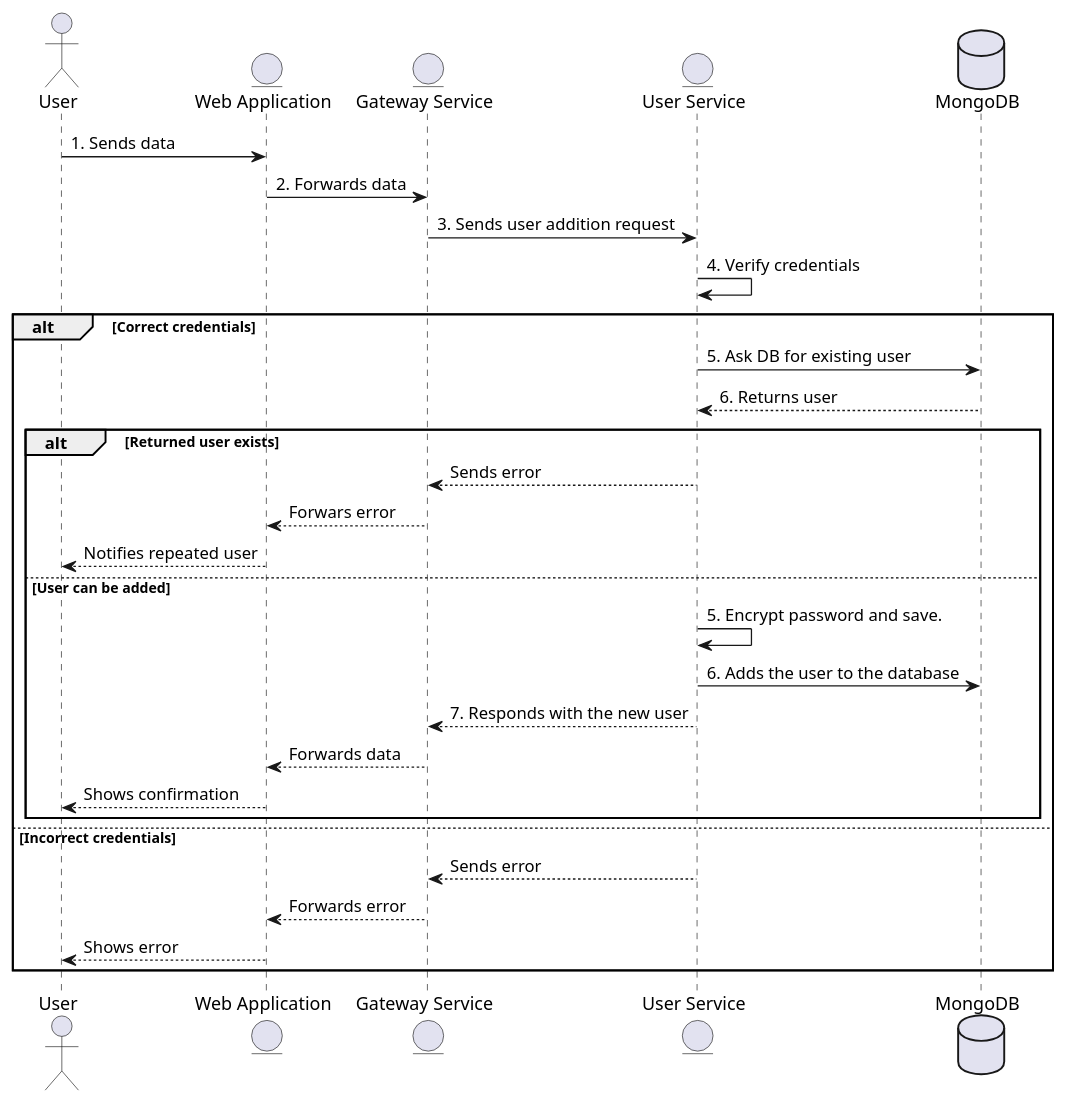
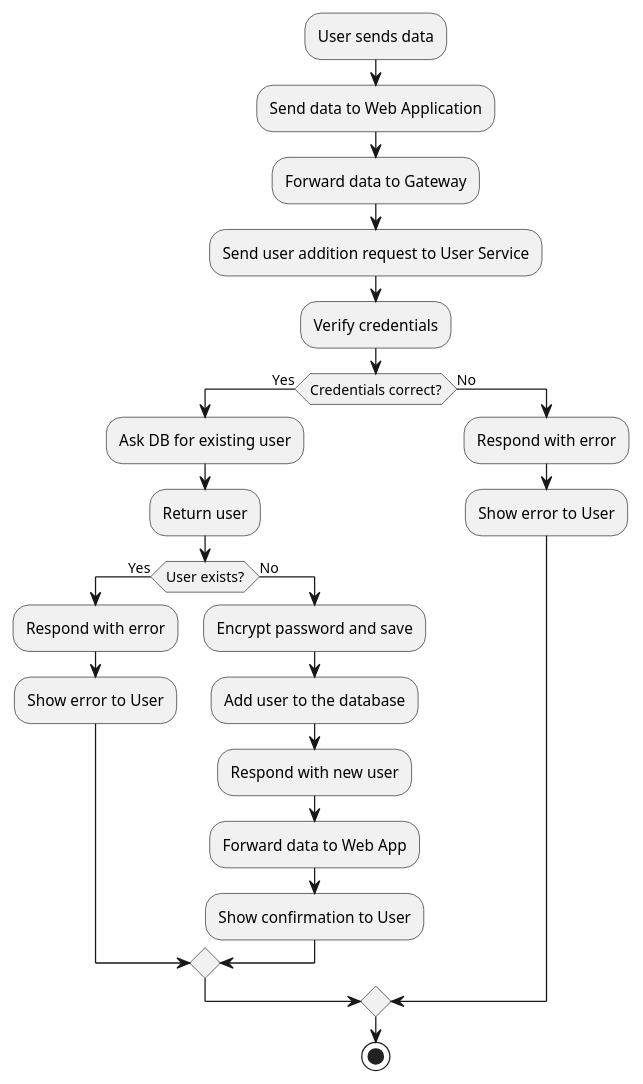
The first of 3 diagrams in docs/src/06_runtime_view.adoc (Arquisoft/wichat_en2b), drawn with PlantUML before and after one commit.

Commit message:
#37 - Register diagram refactored

```diff
--- a/docs/src/06_runtime_view.adoc
+++ b/docs/src/06_runtime_view.adoc
@@ -10,37 +10,30 @@
 [plantuml,"Register diagram",png]
 ----
-actor User
-entity WA as "Web Application"
-entity GS as "Gateway Service"
-entity US as "User Service"
-database DB as "MongoDB"
+:User sends data;
+:Send data to Web Application;
+:Forward data to Gateway;
+:Send user addition request to User Service;
+:Verify credentials;
 
-User -> WA : 1. Sends data
-WA -> GS : 2. Forwards data
-GS -> US : 3. Sends user addition request
-US -> US : 4. Verify credentials
+if (Credentials correct?) then (Yes)
+    :Ask DB for existing user;
+    :Return user;
 
-alt Correct credentials
-    US -> DB : 5. Ask DB for existing user
-    US <-- DB : 6. Returns user
+    if (User exists?) then (Yes)
+        :Respond with error;
+        :Show error to User;
+    else (No)
+        :Encrypt password and save;
+        :Add user to the database;
+        :Respond with new user;
+        :Forward data to Web App;
+        :Show confirmation to User;
+    endif
+else (No)
+    :Respond with error;
+    :Show error to User;
+endif
 
-    alt Returned user exists
-        GS <-- US : Sends error
-        WA <-- GS : Forwars error
-        User <--- WA : Notifies repeated user
-
-    else User can be added
-        US -> US : 5. Encrypt password and save.
-        US -> DB : 6. Adds the user to the database
-        US --> GS : 7. Responds with the new user
-        GS --> WA : Forwards data
-        WA --> User : Shows confirmation
-    end
-
-else Incorrect credentials
-    US --> GS : Sends error
-    GS --> WA : Forwards error
-    WA --> User : Shows error
-end
+stop
 
 ----
```
